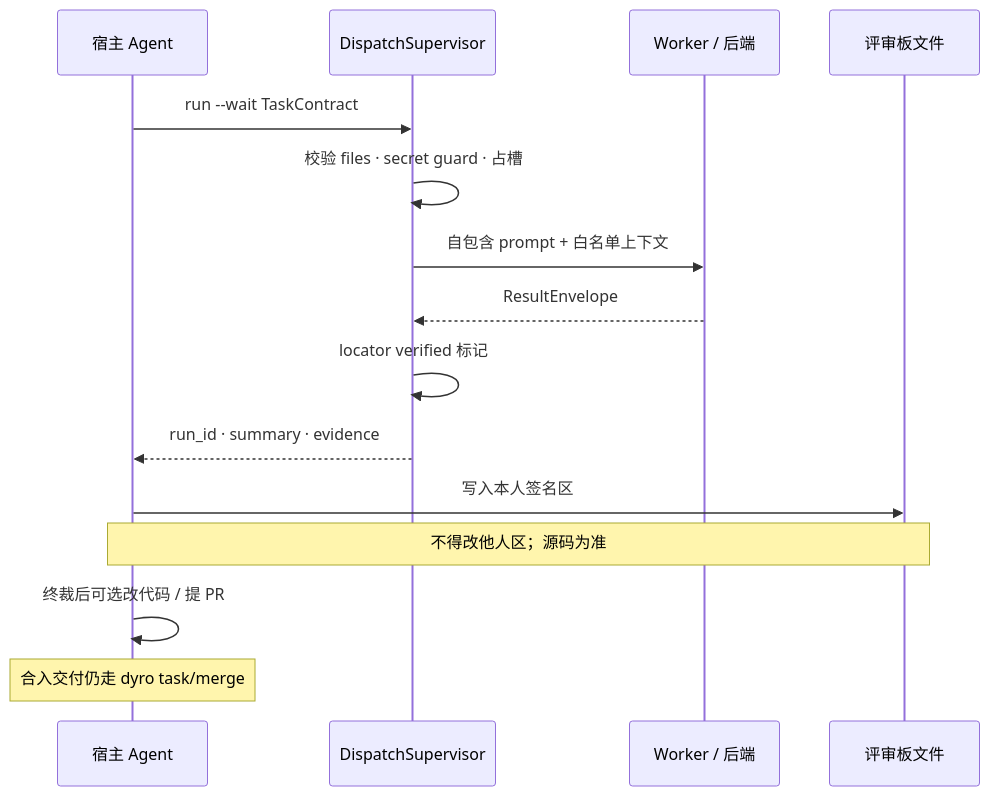
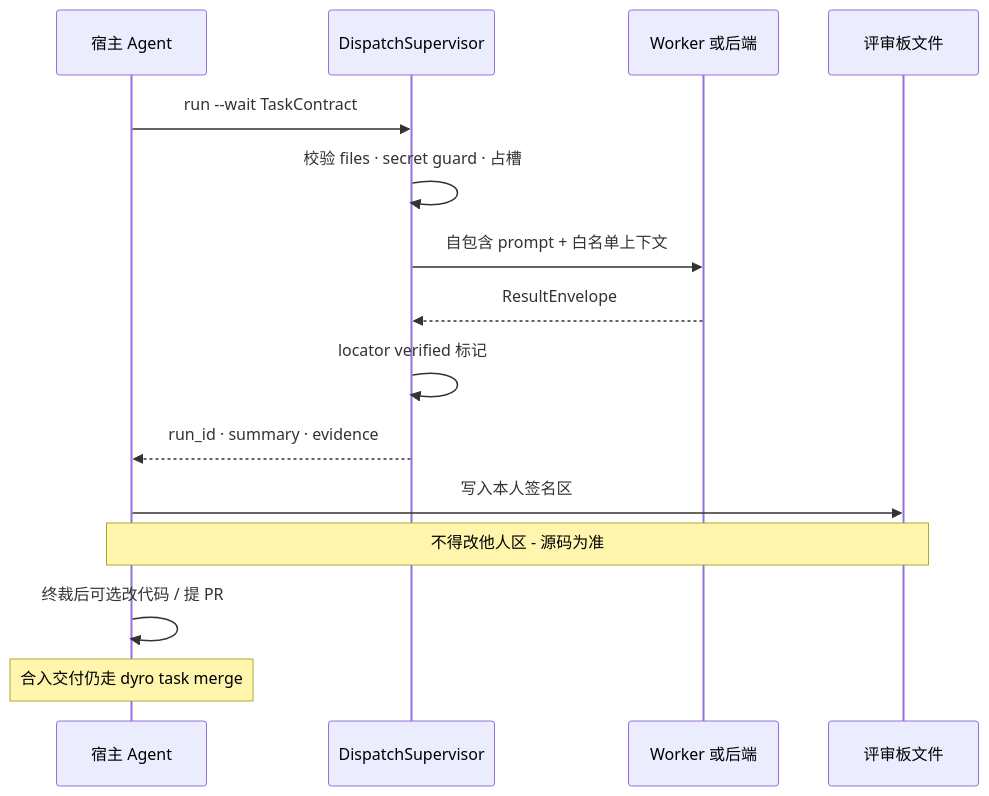
The diagram in docs/images/diagrams/src/zh/08b-multi-agent-sequence.mmd (DandreYang/DyroEngineeringFlow), drawn with Mermaid before and after one commit. The commit also changed 11 other files, not shown here.

First line of the commit message:
docs: 修复 GitHub Mermaid 时序图 Note 解析错误

```diff
--- a/docs/images/diagrams/src/zh/08b-multi-agent-sequence.mmd
+++ b/docs/images/diagrams/src/zh/08b-multi-agent-sequence.mmd
@@ -1,16 +1,16 @@
 sequenceDiagram
   participant H as 宿主 Agent
   participant S as DispatchSupervisor
-  participant W as Worker / 后端
+  participant W as Worker 或后端
   participant P as 评审板文件
 
   H->>S: run --wait TaskContract
   S->>S: 校验 files · secret guard · 占槽
   S->>W: 自包含 prompt + 白名单上下文
   W-->>S: ResultEnvelope
   S->>S: locator verified 标记
   S-->>H: run_id · summary · evidence
   H->>P: 写入本人签名区
-  Note over H,P: 不得改他人区；源码为准
+  Note over H,P: 不得改他人区 - 源码为准
   H->>H: 终裁后可选改代码 / 提 PR
-  Note over H: 合入交付仍走 dyro task/merge
+  Note over H: 合入交付仍走 dyro task merge
```
